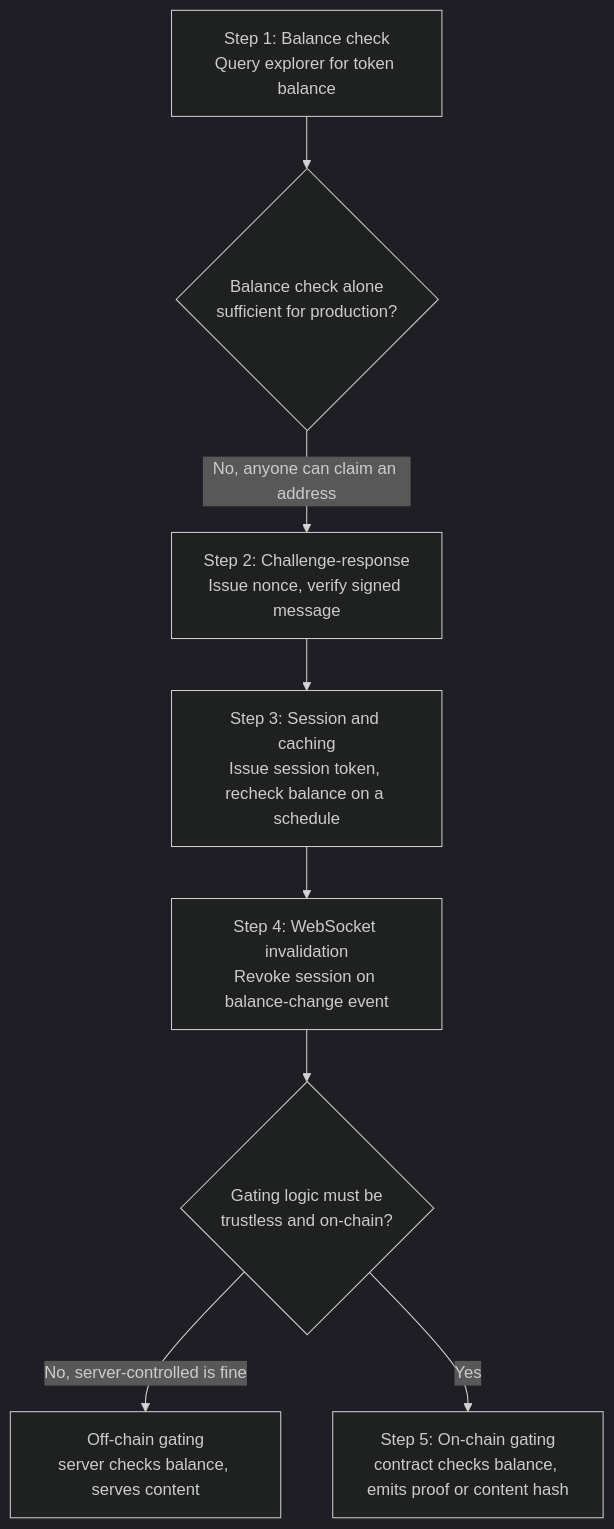
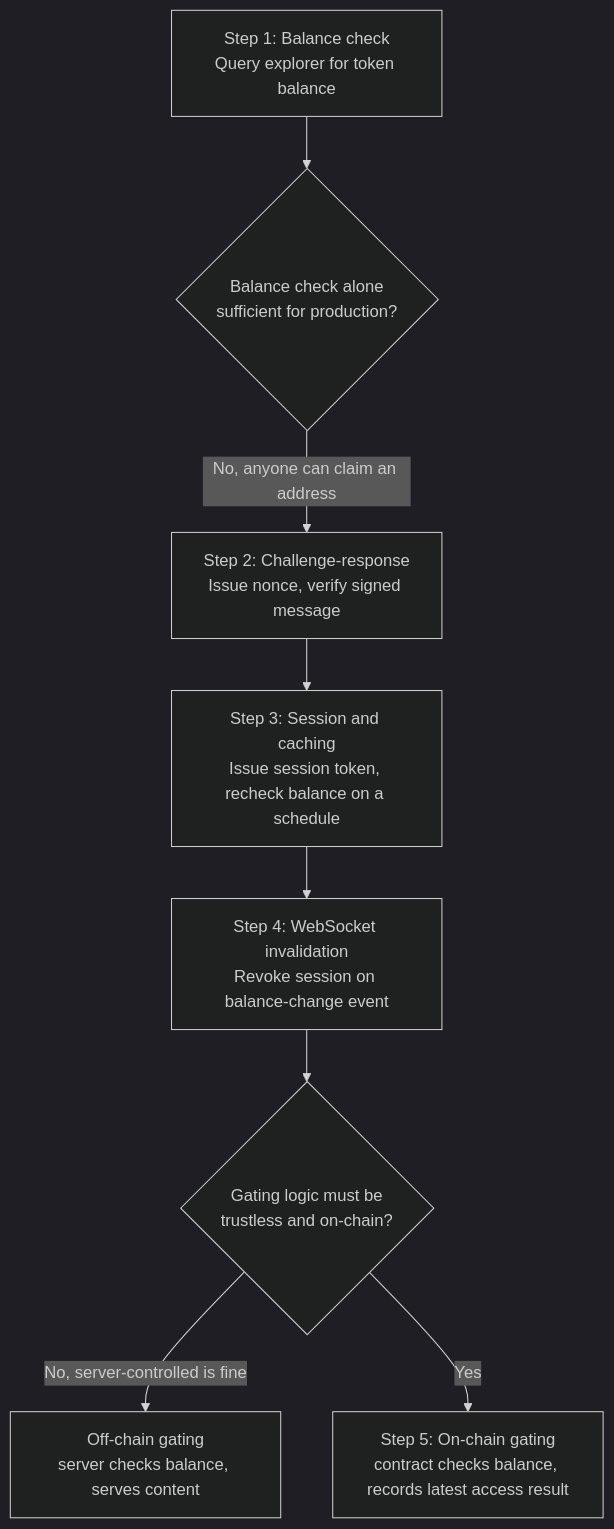
The diagram in developer-guide/integration-patterns.md (XChain-Platform/xchain-documentation), drawn with Mermaid (dark theme) before and after one commit. The commit also changed other lines of this file and 3 other files, not shown here.

````diff
--- a/developer-guide/integration-patterns.md
+++ b/developer-guide/integration-patterns.md
@@ -152,10 +152,10 @@
 ```mermaid
 flowchart TD
     A["Step 1: Balance check<br>Query explorer for token balance"] --> B{"Balance check alone<br>sufficient for production?"}
     B -->|"No, anyone can claim an address"| C["Step 2: Challenge-response<br>Issue nonce, verify signed message"]
     C --> D["Step 3: Session and caching<br>Issue session token, recheck balance on a schedule"]
     D --> E["Step 4: WebSocket invalidation<br>Revoke session on balance-change event"]
     E --> F{"Gating logic must be<br>trustless and on-chain?"}
     F -->|"No, server-controlled is fine"| G["Off-chain gating<br>server checks balance, serves content"]
-    F -->|"Yes"| H["Step 5: On-chain gating<br>contract checks balance, emits proof or content hash"]
+    F -->|"Yes"| H["Step 5: On-chain gating<br>contract checks balance, records latest access result"]
 ```
````
